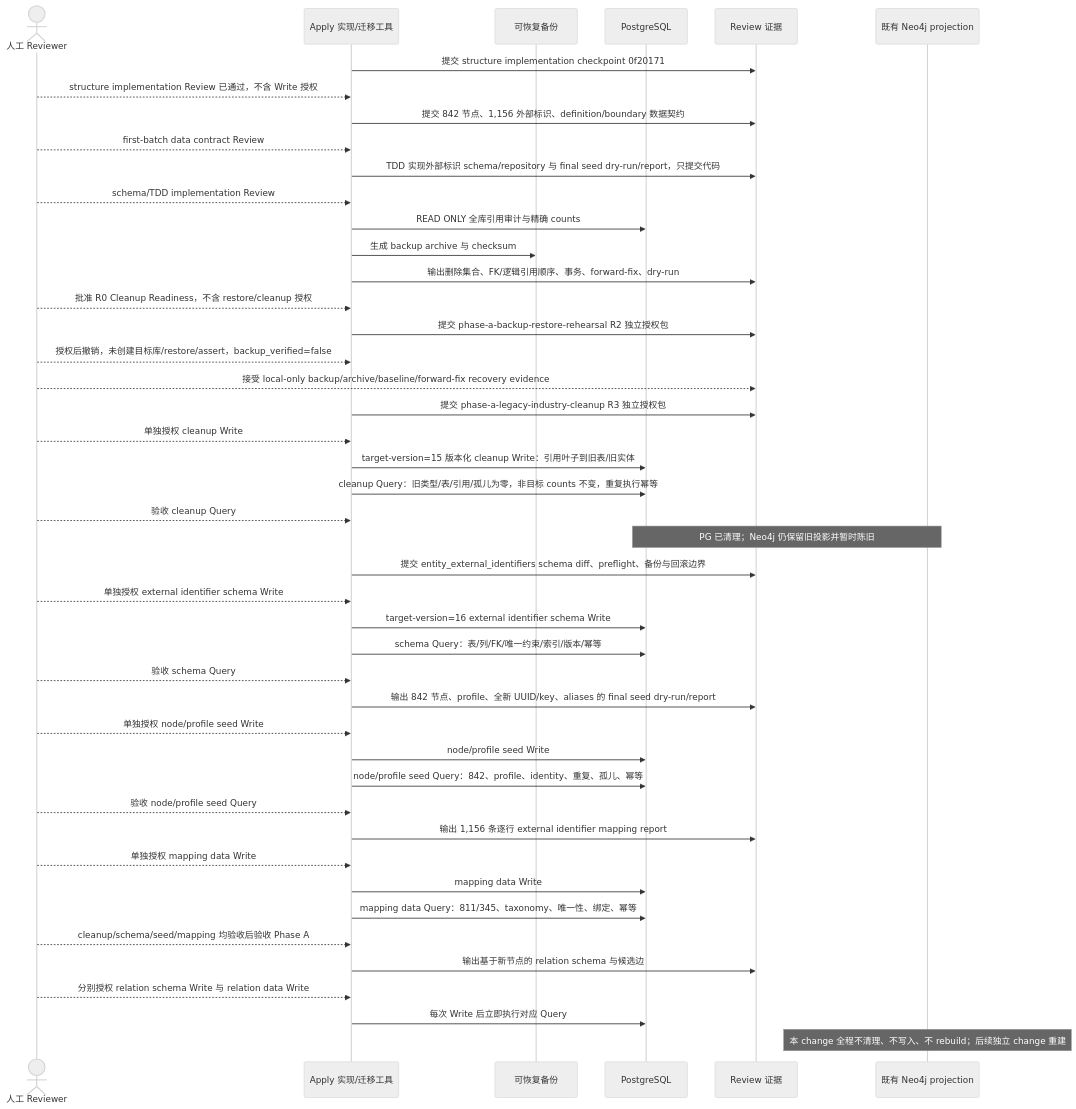
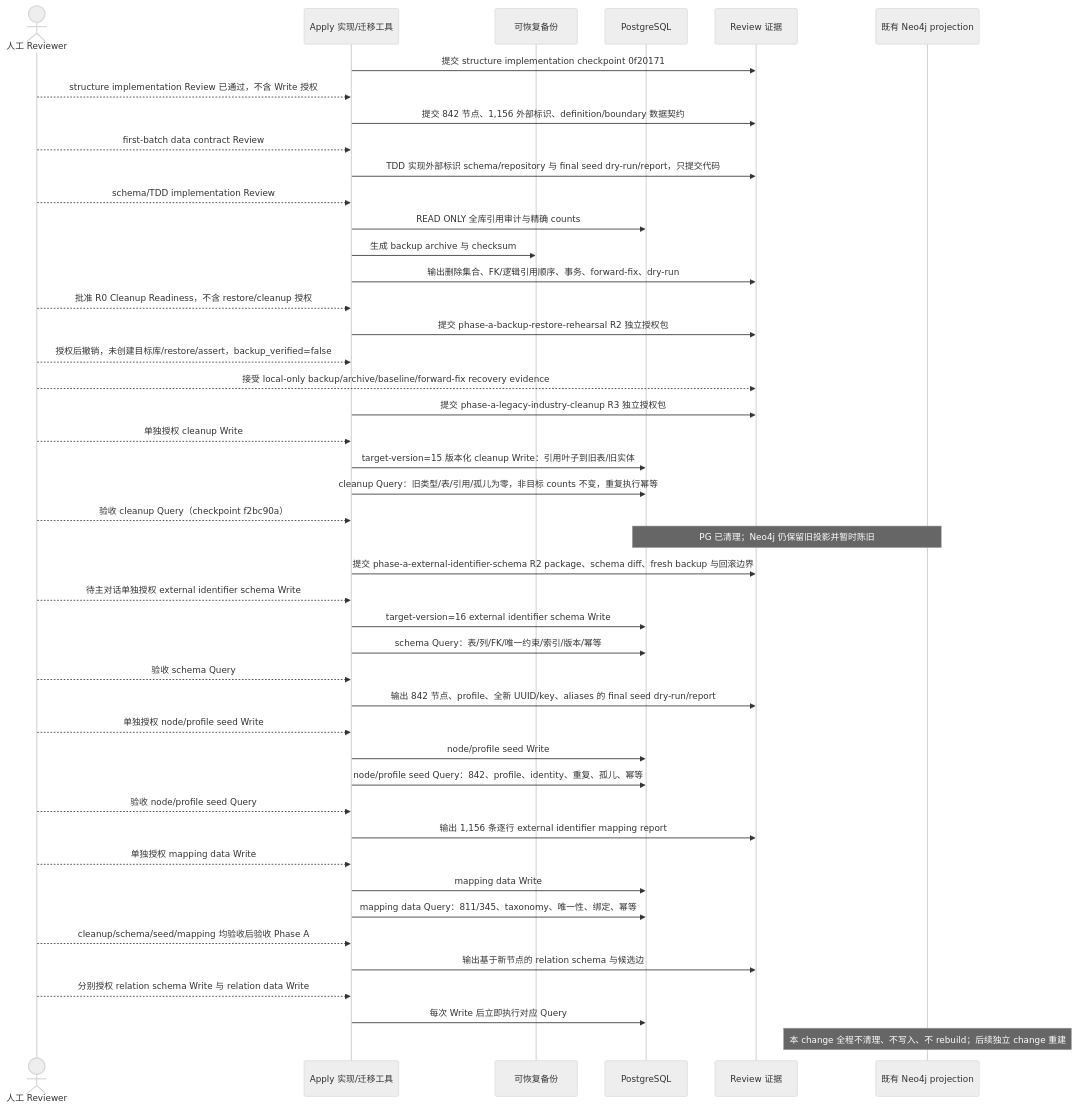
The second of 2 diagrams in openspec/changes/refactor-industry-chain-node-foundation/design.md (meierlink88/tidewise-ai), drawn with Mermaid (neutral theme) before and after one commit. The commit also changed other lines of this file and 5 other files, not shown here.

Commit message:
spec: prepare external identifier schema package

````diff
--- a/openspec/changes/refactor-industry-chain-node-foundation/design.md
+++ b/openspec/changes/refactor-industry-chain-node-foundation/design.md
@@ -220,48 +220,48 @@
 ```mermaid
 sequenceDiagram
     actor Reviewer as 人工 Reviewer
     participant Apply as Apply 实现/迁移工具
     participant Backup as 可恢复备份
     participant PG as PostgreSQL
     participant Evidence as Review 证据
     participant Neo4j as 既有 Neo4j projection
 
     Apply->>Evidence: 提交 structure implementation checkpoint 0f20171
     Reviewer-->>Apply: structure implementation Review 已通过，不含 Write 授权
     Apply->>Evidence: 提交 842 节点、1,156 外部标识、definition/boundary 数据契约
     Reviewer-->>Apply: first-batch data contract Review
     Apply->>Evidence: TDD 实现外部标识 schema/repository 与 final seed dry-run/report，只提交代码
     Reviewer-->>Apply: schema/TDD implementation Review
     Apply->>PG: READ ONLY 全库引用审计与精确 counts
     Apply->>Backup: 生成 backup archive 与 checksum
     Apply->>Evidence: 输出删除集合、FK/逻辑引用顺序、事务、forward-fix、dry-run
     Reviewer-->>Apply: 批准 R0 Cleanup Readiness，不含 restore/cleanup 授权
     Apply->>Evidence: 提交 phase-a-backup-restore-rehearsal R2 独立授权包
     Reviewer-->>Apply: 授权后撤销，未创建目标库/restore/assert，backup_verified=false
     Reviewer-->>Evidence: 接受 local-only backup/archive/baseline/forward-fix recovery evidence
     Apply->>Evidence: 提交 phase-a-legacy-industry-cleanup R3 独立授权包
     Reviewer-->>Apply: 单独授权 cleanup Write
     Apply->>PG: target-version=15 版本化 cleanup Write：引用叶子到旧表/旧实体
     Apply->>PG: cleanup Query：旧类型/表/引用/孤儿为零，非目标 counts 不变，重复执行幂等
-    Reviewer-->>Apply: 验收 cleanup Query
+    Reviewer-->>Apply: 验收 cleanup Query（checkpoint f2bc90a）
     Note over PG,Neo4j: PG 已清理；Neo4j 仍保留旧投影并暂时陈旧
-    Apply->>Evidence: 提交 entity_external_identifiers schema diff、preflight、备份与回滚边界
-    Reviewer-->>Apply: 单独授权 external identifier schema Write
+    Apply->>Evidence: 提交 phase-a-external-identifier-schema R2 package、schema diff、fresh backup 与回滚边界
+    Reviewer-->>Apply: 待主对话单独授权 external identifier schema Write
     Apply->>PG: target-version=16 external identifier schema Write
     Apply->>PG: schema Query：表/列/FK/唯一约束/索引/版本/幂等
     Reviewer-->>Apply: 验收 schema Query
     Apply->>Evidence: 输出 842 节点、profile、全新 UUID/key、aliases 的 final seed dry-run/report
     Reviewer-->>Apply: 单独授权 node/profile seed Write
     Apply->>PG: node/profile seed Write
     Apply->>PG: node/profile seed Query：842、profile、identity、重复、孤儿、幂等
     Reviewer-->>Apply: 验收 node/profile seed Query
     Apply->>Evidence: 输出 1,156 条逐行 external identifier mapping report
     Reviewer-->>Apply: 单独授权 mapping data Write
     Apply->>PG: mapping data Write
     Apply->>PG: mapping data Query：811/345、taxonomy、唯一性、绑定、幂等
     Reviewer-->>Apply: cleanup/schema/seed/mapping 均验收后验收 Phase A
     Apply->>Evidence: 输出基于新节点的 relation schema 与候选边
     Reviewer-->>Apply: 分别授权 relation schema Write 与 relation data Write
     Apply->>PG: 每次 Write 后立即执行对应 Query
     Note over Neo4j: 本 change 全程不清理、不写入、不 rebuild；后续独立 change 重建
 ```
````
